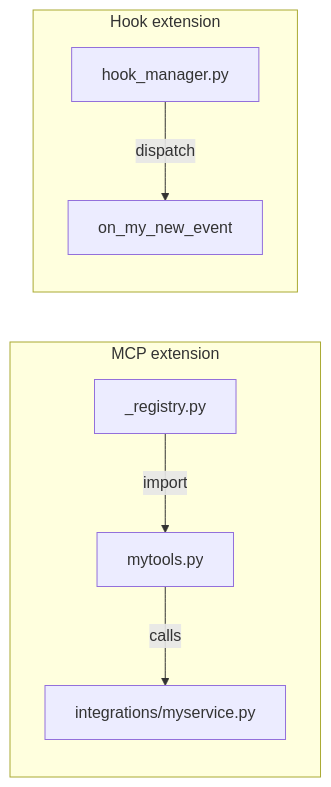
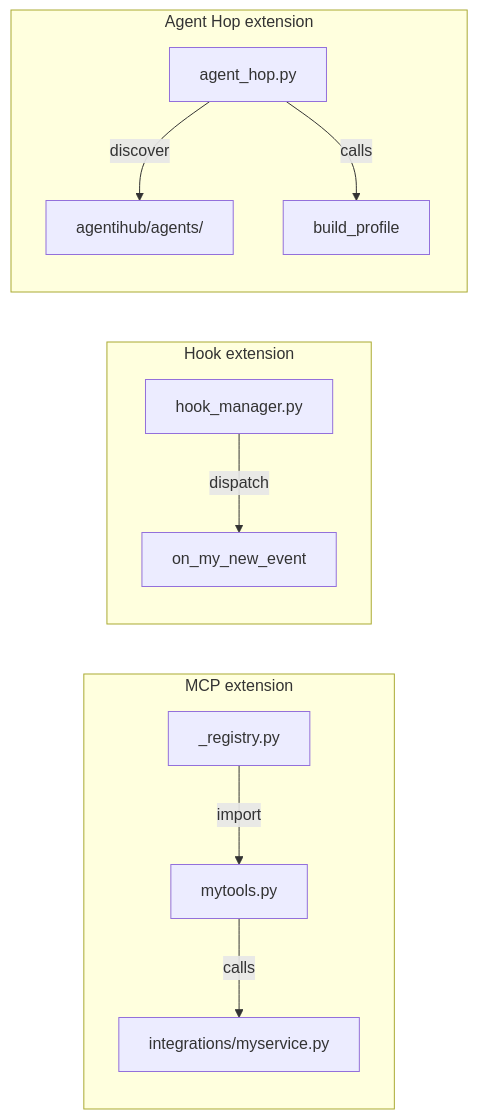
Before and after one commit to The-Cloud-Clock-Work/agentihooks: the diagram in docs/extending.md, drawn with Mermaid. The commit also changed other lines of this file and 5 other files, not shown here.

First line of the commit message:
docs: document Agent Hop connector and publishing profile

````diff
--- a/docs/extending.md
+++ b/docs/extending.md
@@ -163,11 +218,16 @@
 ```mermaid
 flowchart LR
     subgraph "MCP extension"
         R[_registry.py] -->|import| M[mytools.py]
         M -->|calls| I[integrations/myservice.py]
     end
 
     subgraph "Hook extension"
         HM[hook_manager.py] -->|dispatch| H[on_my_new_event]
     end
+
+    subgraph "Agent Hop extension"
+        AH[agent_hop.py] -->|discover| HUB[agentihub/agents/]
+        AH -->|calls| BP[build_profile]
+    end
 ```
````
